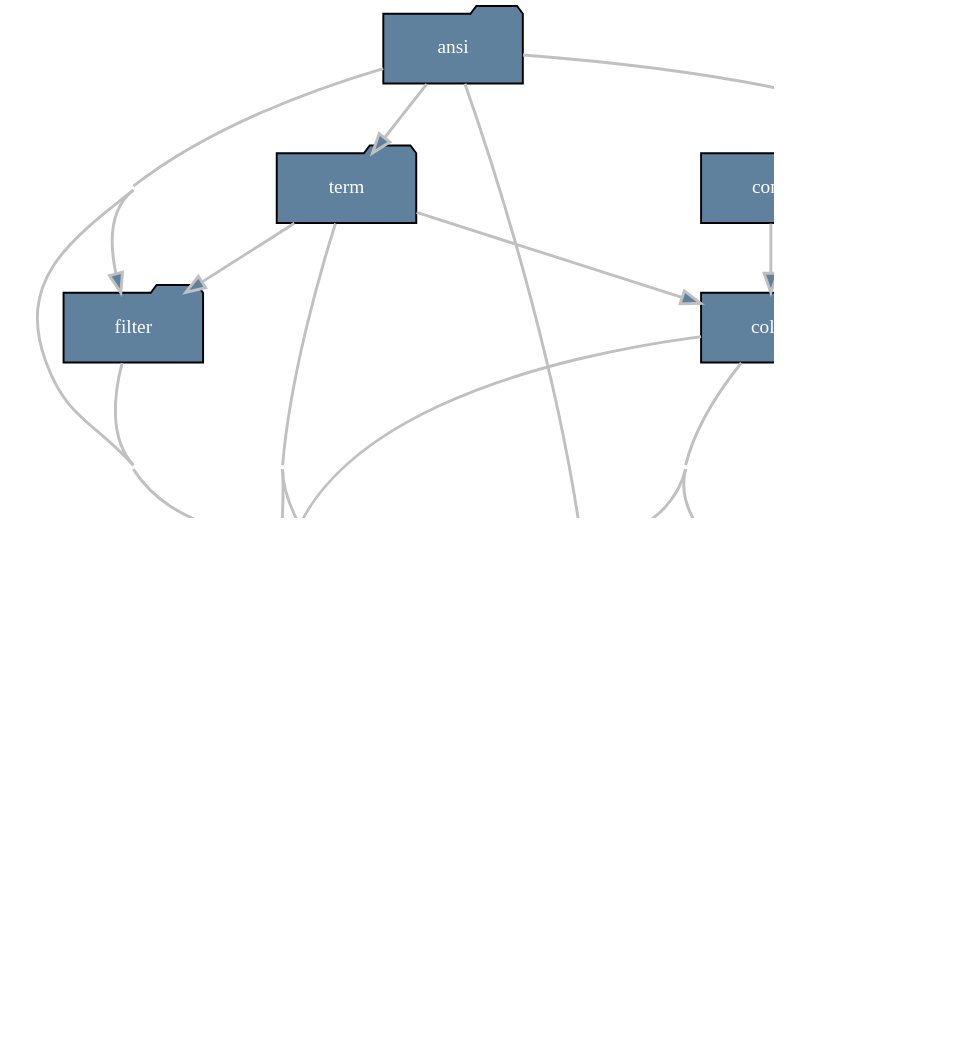
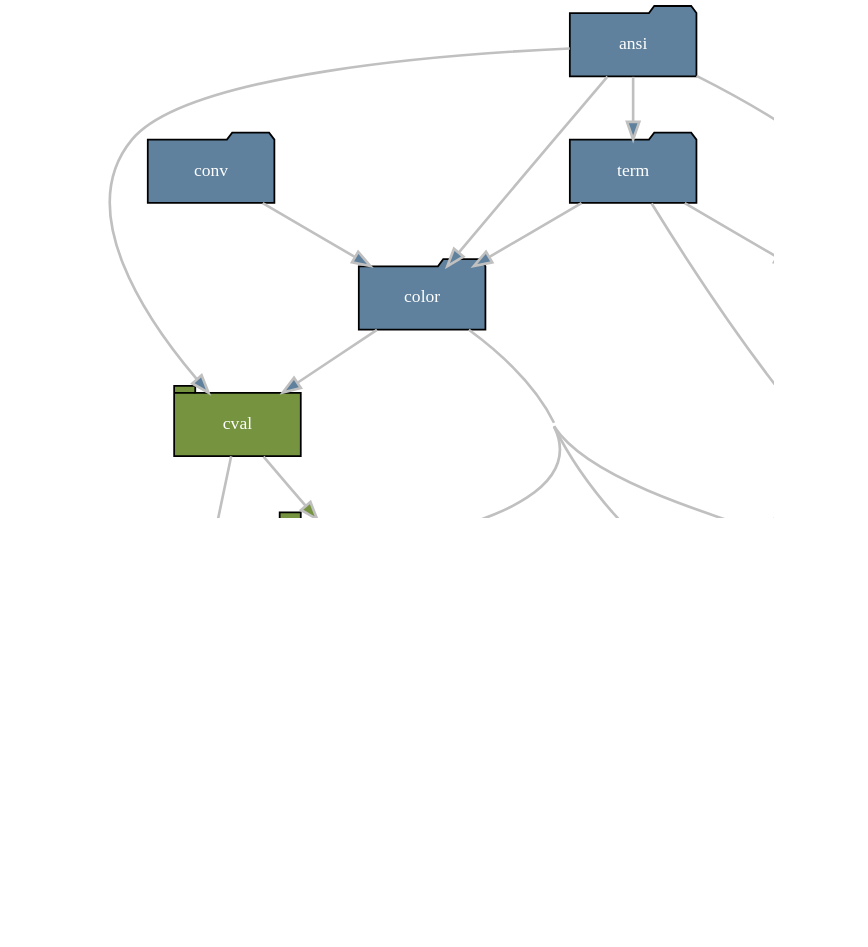
The diagram in docs/_generated/module-dark.dot (delameter/pytermor), drawn with Graphviz before and after one commit. The commit also changed 21 other files, not shown here.

```diff
--- a/docs/_generated/module-dark.dot
+++ b/docs/_generated/module-dark.dot
@@ -1,59 +1,60 @@
 
 digraph G {
     dpi = 150;
     concentrate = true;
     rankdir = TB;
     #TBbalance = min;
     ratio=fill;
     size="4";
 
     node [
         style="filled",
         fontname="Literal Bold",
         margin="0.2,0.0",
         fontsize=10,
         width=1.0,
         height=.5,
     ];
     edge [
         color="#C0C0C0",
         penwidth=1.5,
     ];
 
     pytermor_ansi [shape="folder",group="low",fillcolor="#5f819d",fontcolor="#ffffff",label="ansi"];
     pytermor_color [shape="folder",group="low",fillcolor="#5f819d",fontcolor="#ffffff",label="color"];
     pytermor_conv [shape="folder",group="low",fillcolor="#5f819d",fontcolor="#ffffff",label="conv"];
     pytermor_cval [shape="tab",fillcolor="#769440",fontcolor="#ffffff",label="cval"];
     pytermor_filter [shape="folder",group="low",fillcolor="#5f819d",fontcolor="#ffffff",label="filter"];
     pytermor_numfmt [shape="tab",fillcolor="#769440",fontcolor="#ffffff",label="numfmt"];
     pytermor_renderer [shape="tab",fillcolor="#769440",fontcolor="#ffffff",label="☢️ renderer"];
     pytermor_style [shape="tab",fillcolor="#769440",fontcolor="#ffffff",label="☢️ style"];
     pytermor_template [shape="tab",fillcolor="#769440",fontcolor="#ffffff",label="template"];
     pytermor_term [shape="folder",group="low",fillcolor="#5f819d",fontcolor="#ffffff",label="term"];
     pytermor_text [shape="tab",fillcolor="#769440",fontcolor="#ffffff",label="☢️ text"];
     pytermor_ansi -> pytermor_color [fillcolor="#5f819d"];
     pytermor_ansi -> pytermor_cval [fillcolor="#5f819d"];
     pytermor_ansi -> pytermor_filter [fillcolor="#5f819d"];
     pytermor_ansi -> pytermor_renderer [fillcolor="#5f819d"];
     pytermor_ansi -> pytermor_template [fillcolor="#5f819d"];
     pytermor_ansi -> pytermor_term [fillcolor="#5f819d"];
     pytermor_color -> pytermor_cval [fillcolor="#5f819d"];
     pytermor_color -> pytermor_renderer [fillcolor="#5f819d"];
     pytermor_color -> pytermor_style [fillcolor="#5f819d"];
     pytermor_color -> pytermor_template [fillcolor="#5f819d"];
     pytermor_conv -> pytermor_color [fillcolor="#5f819d"];
     pytermor_cval -> pytermor_numfmt [fillcolor="#769440"];
     pytermor_cval -> pytermor_style [fillcolor="#769440"];
     pytermor_filter -> pytermor_template [fillcolor="#5f819d"];
+    pytermor_renderer -> pytermor_template [fillcolor="#769440"];
     pytermor_renderer -> pytermor_text [fillcolor="#769440"];
     pytermor_style -> pytermor_numfmt [fillcolor="#769440"];
     pytermor_style -> pytermor_renderer [fillcolor="#769440"];
     pytermor_style -> pytermor_template [fillcolor="#769440"];
     pytermor_style -> pytermor_text [fillcolor="#769440"];
     pytermor_term -> pytermor_color [fillcolor="#5f819d"];
     pytermor_term -> pytermor_filter [fillcolor="#5f819d"];
     pytermor_term -> pytermor_template [fillcolor="#5f819d"];
     pytermor_term -> pytermor_text [fillcolor="#5f819d"];
     pytermor_text -> pytermor_numfmt [fillcolor="#769440"];
     pytermor_text -> pytermor_template [fillcolor="#769440"];
 }
```
